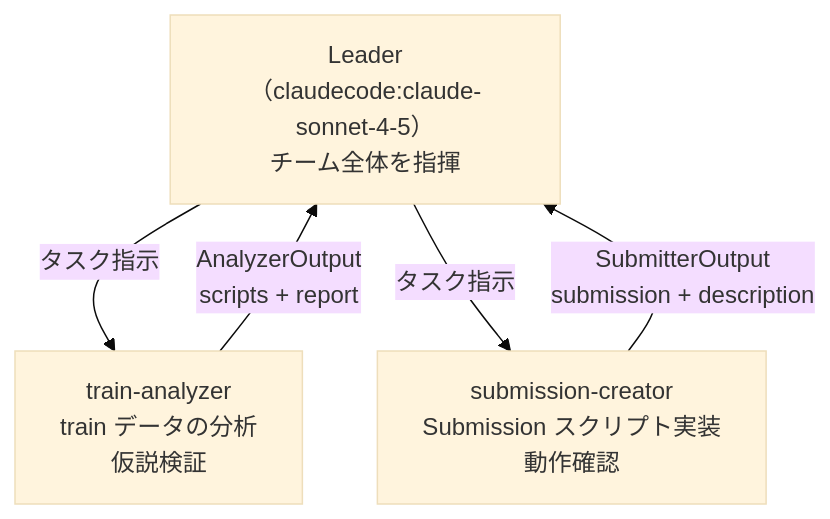
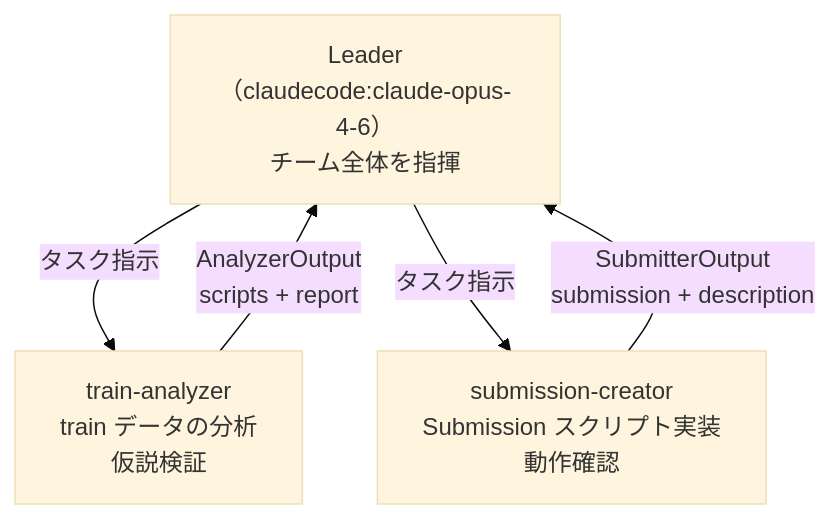
One commit to drillan/mixseek-quant-insight-plus changed the second of 4 diagrams in docs/system-flow.md. Above: the diagram before and after it, drawn with Mermaid (base theme). The commit also changed 14 other files, not shown here.

First line of the commit message:
feat: Update model to claude-opus-4-6 and add setup overlay (#15)

````diff
--- a/docs/system-flow.md
+++ b/docs/system-flow.md
@@ -146,8 +146,8 @@
 ```{mermaid}
 flowchart TB
-    Leader["Leader<br>（claudecode:claude-sonnet-4-5）<br>チーム全体を指揮"]
+    Leader["Leader<br>（claudecode:claude-opus-4-6）<br>チーム全体を指揮"]
     Leader -->|"タスク指示"| TA["train-analyzer<br>train データの分析<br>仮説検証"]
     Leader -->|"タスク指示"| SC["submission-creator<br>Submission スクリプト実装<br>動作確認"]
     TA -->|"AnalyzerOutput<br>scripts + report"| Leader
     SC -->|"SubmitterOutput<br>submission + description"| Leader
 ```
````
